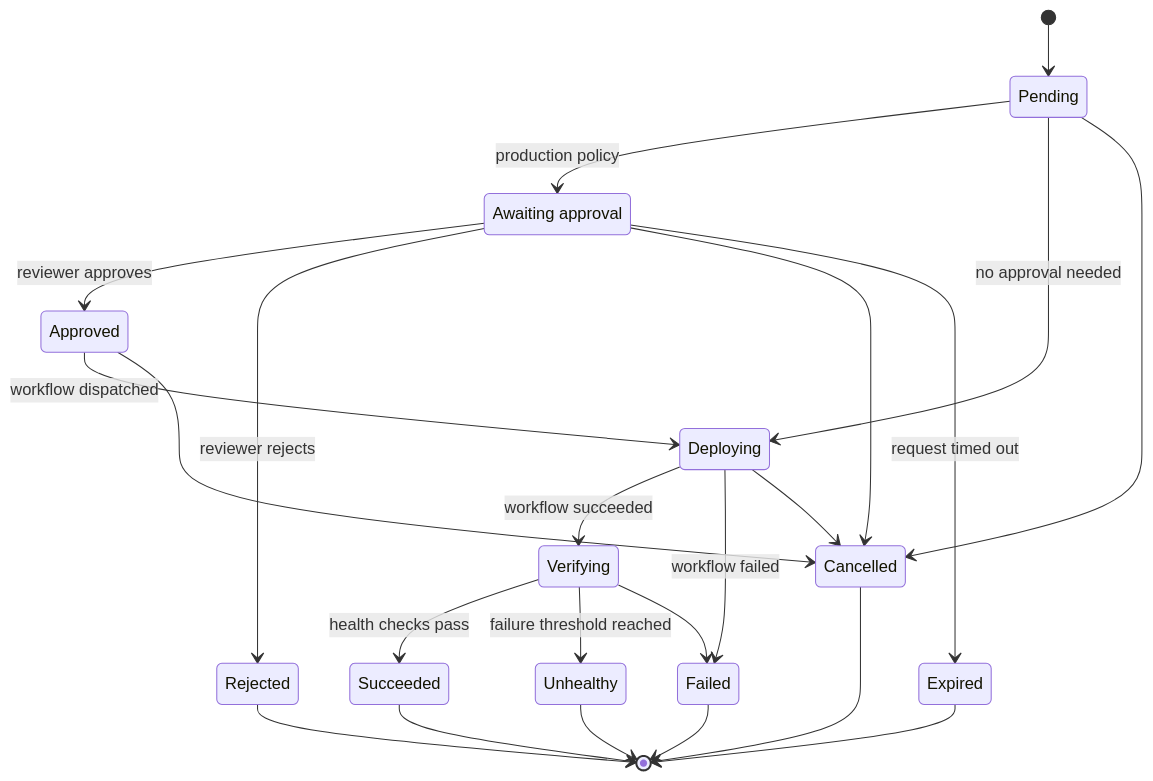
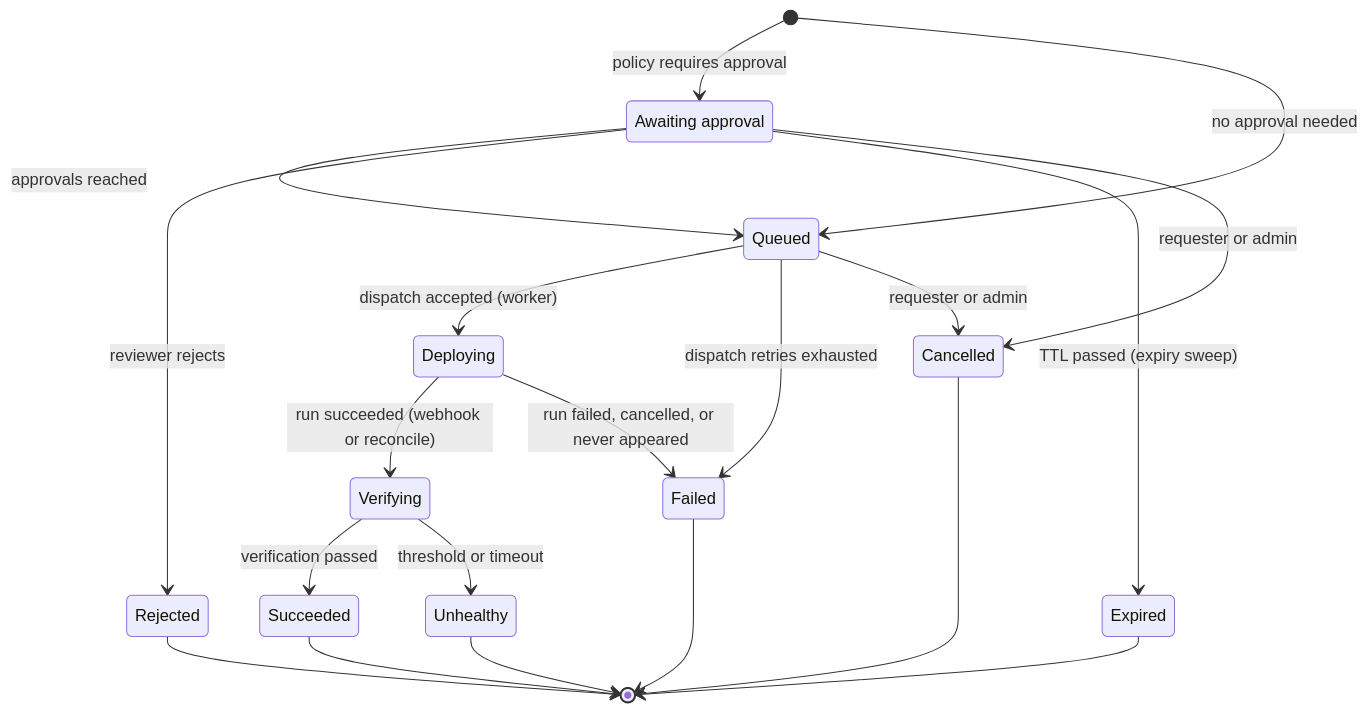
Before and after one commit to hamdounisabri1/releaseguard: the fourth of 8 diagrams in docs/DEVELOPMENT_LIFECYCLE.md, drawn with Mermaid. The commit also changed other lines of this file and 26 other files, not shown here.

First line of the commit message:
docs(docs): redesign architecture, add review and ADRs 0001-0007

````diff
--- a/docs/DEVELOPMENT_LIFECYCLE.md
+++ b/docs/DEVELOPMENT_LIFECYCLE.md
@@ -599,27 +713,24 @@
 ```mermaid
 stateDiagram-v2
-    [*] --> Pending
-    Pending --> AwaitingApproval: production policy
-    Pending --> Deploying: no approval needed
-    Pending --> Cancelled
-    AwaitingApproval --> Approved: reviewer approves
+    [*] --> AwaitingApproval: policy requires approval
+    [*] --> Queued: no approval needed
+    AwaitingApproval --> Queued: approvals reached
     AwaitingApproval --> Rejected: reviewer rejects
-    AwaitingApproval --> Cancelled
-    AwaitingApproval --> Expired: request timed out
-    Approved --> Deploying: workflow dispatched
-    Approved --> Cancelled
-    Deploying --> Verifying: workflow succeeded
-    Deploying --> Failed: workflow failed
-    Deploying --> Cancelled
-    Verifying --> Succeeded: health checks pass
-    Verifying --> Unhealthy: failure threshold reached
-    Verifying --> Failed
+    AwaitingApproval --> Expired: TTL passed (expiry sweep)
+    AwaitingApproval --> Cancelled: requester or admin
+    Queued --> Deploying: dispatch accepted (worker)
+    Queued --> Failed: dispatch retries exhausted
+    Queued --> Cancelled: requester or admin
+    Deploying --> Verifying: run succeeded (webhook or reconcile)
+    Deploying --> Failed: run failed, cancelled, or never appeared
+    Verifying --> Succeeded: verification passed
+    Verifying --> Unhealthy: threshold or timeout
     Succeeded --> [*]
     Rejected --> [*]
     Failed --> [*]
     Unhealthy --> [*]
     Cancelled --> [*]
     Expired --> [*]
 
     AwaitingApproval: Awaiting approval
 ```
````
